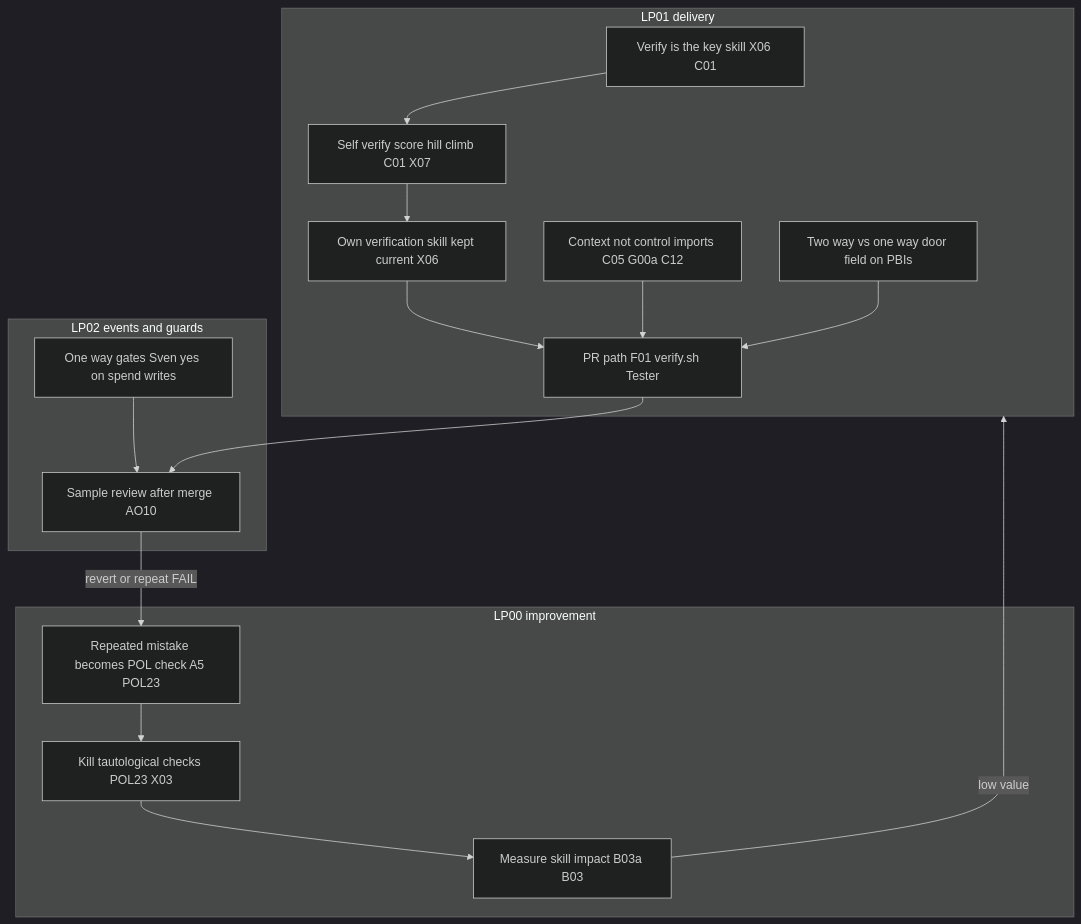
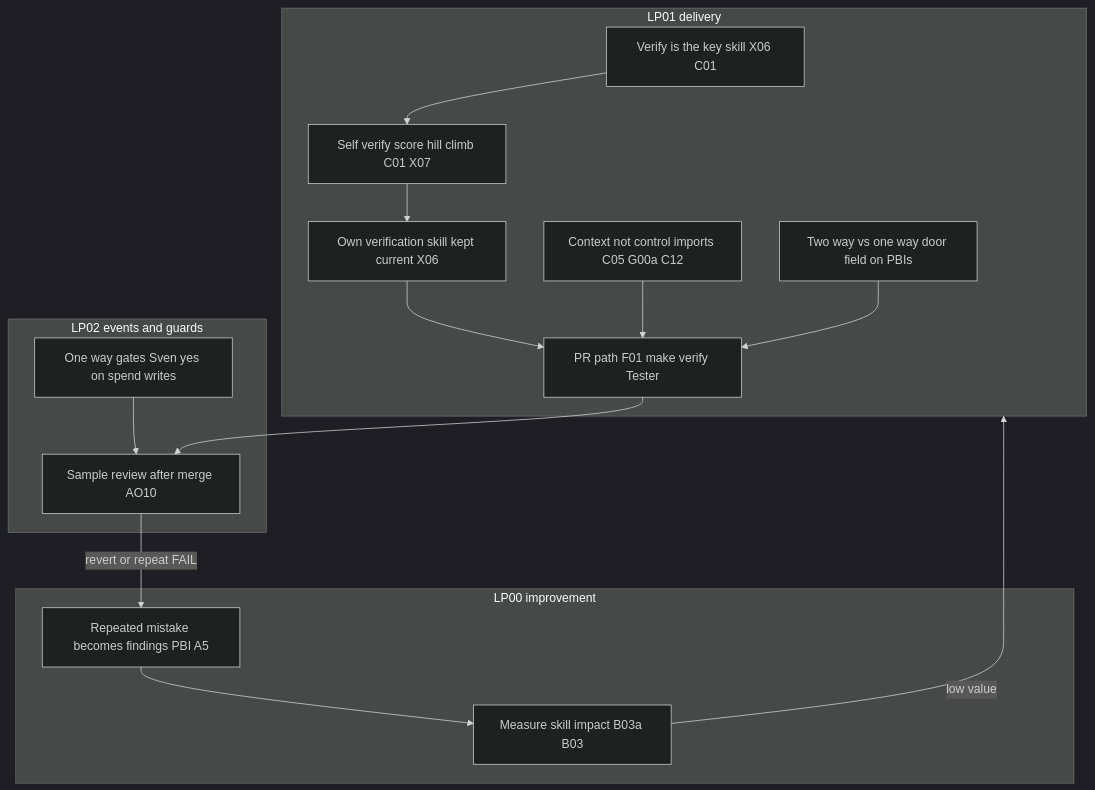
One commit to svennijhuis/agentic-workflows changed the first of 2 diagrams in docs/pbi/vision.md. Above: the diagram before and after it, drawn with Mermaid (dark theme). The commit also changed other lines of this file and 986 other files, not shown here.

````diff
--- a/docs/pbi/vision.md
+++ b/docs/pbi/vision.md
@@ -7,28 +7,27 @@
 ```mermaid
 flowchart TB
   subgraph LP01[LP01 delivery]
     V1[Verify is the key skill X06 C01]
     V2[Self verify score hill climb C01 X07]
     V3[Own verification skill kept current X06]
     V1 --> V2 --> V3
     CTX[Context not control imports C05 G00a C12]
     TW[Two way vs one way door field on PBIs]
-    V3 --> PR[PR path F01 verify.sh Tester]
+    V3 --> PR[PR path F01 make verify Tester]
     CTX --> PR
     TW --> PR
   end
   subgraph LP02[LP02 events and guards]
     DOOR[One way gates Sven yes on spend writes]
     SAMPLE[Sample review after merge AO10]
     DOOR --> SAMPLE
   end
   subgraph LP00[LP00 improvement]
-    LINT[Repeated mistake becomes POL check A5 POL23]
-    TAUT[Kill tautological checks POL23 X03]
+    LINT[Repeated mistake becomes findings PBI A5]
     MEAS[Measure skill impact B03a B03]
-    LINT --> TAUT --> MEAS
+    LINT --> MEAS
   end
   PR --> SAMPLE
   SAMPLE -->|revert or repeat FAIL| LINT
   MEAS -->|low value| LP01
 ```
````
